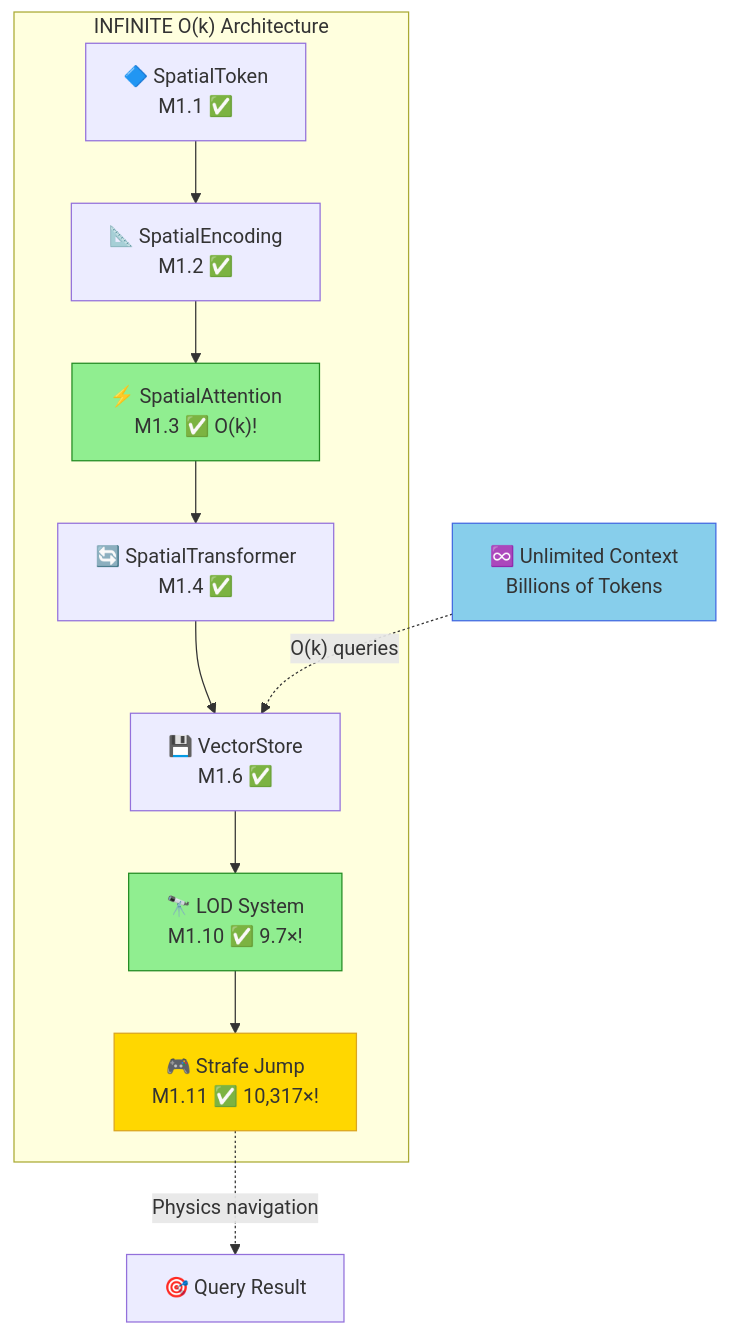
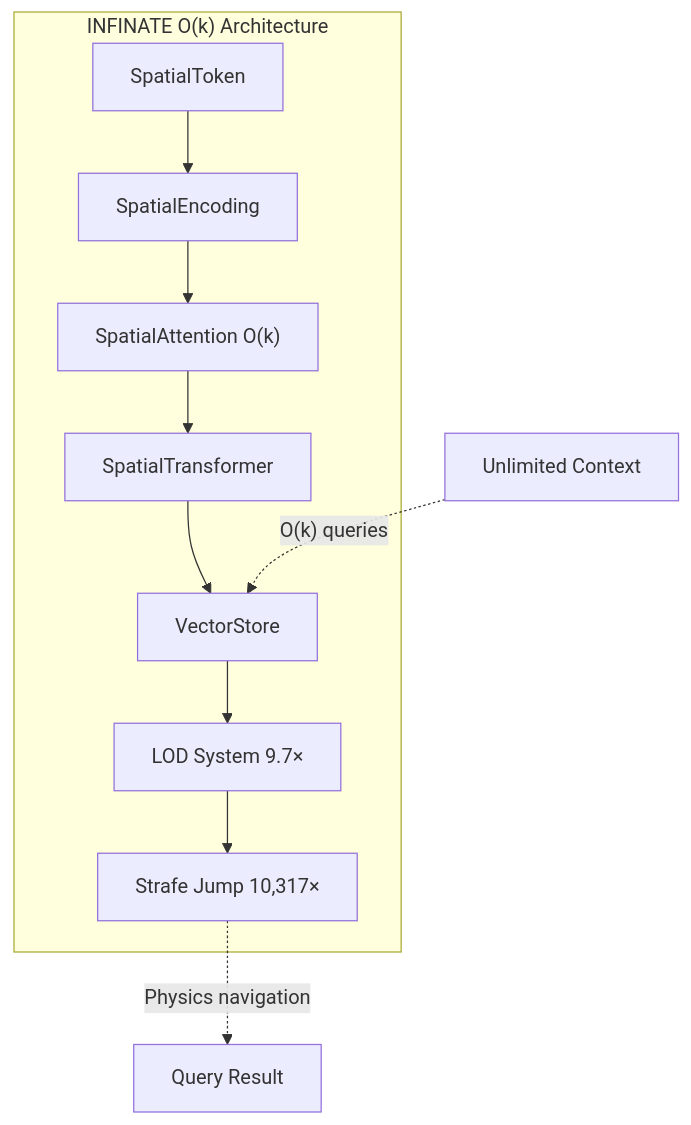
One commit to ch1pu/infinate changed the diagram in README.md. Above: the diagram before and after it, drawn with Mermaid. The commit also changed other lines of this file, not shown here.

````diff
--- a/README.md
+++ b/README.md
@@ -562,19 +185,14 @@
 ```mermaid
 graph TB
-    subgraph "INFINITE O(k) Architecture"
-        A["🔷 SpatialToken<br/>M1.1 ✅"] --> B["📐 SpatialEncoding<br/>M1.2 ✅"]
-        B --> C["⚡ SpatialAttention<br/>M1.3 ✅ O(k)!"]
-        C --> D["🔄 SpatialTransformer<br/>M1.4 ✅"]
-        D --> E["💾 VectorStore<br/>M1.6 ✅"]
-        E --> F["🔭 LOD System<br/>M1.10 ✅ 9.7×!"]
-        F --> G["🎮 Strafe Jump<br/>M1.11 ✅ 10,317×!"]
+    subgraph "INFINATE O(k) Architecture"
+        A["SpatialToken"] --> B["SpatialEncoding"]
+        B --> C["SpatialAttention O(k)"]
+        C --> D["SpatialTransformer"]
+        D --> E["VectorStore"]
+        E --> F["LOD System 9.7×"]
+        F --> G["Strafe Jump 10,317×"]
     end
 
-    H["♾️ Unlimited Context<br/>Billions of Tokens"] -.->|"O(k) queries"| E
-    G -.->|"Physics navigation"| I["🎯 Query Result"]
-
-    style C fill:#90EE90,stroke:#228B22
-    style F fill:#90EE90,stroke:#228B22
-    style G fill:#FFD700,stroke:#DAA520
-    style H fill:#87CEEB,stroke:#4169E1
+    H["Unlimited Context"] -.->|"O(k) queries"| E
+    G -.->|"Physics navigation"| I["Query Result"]
 ```
````
